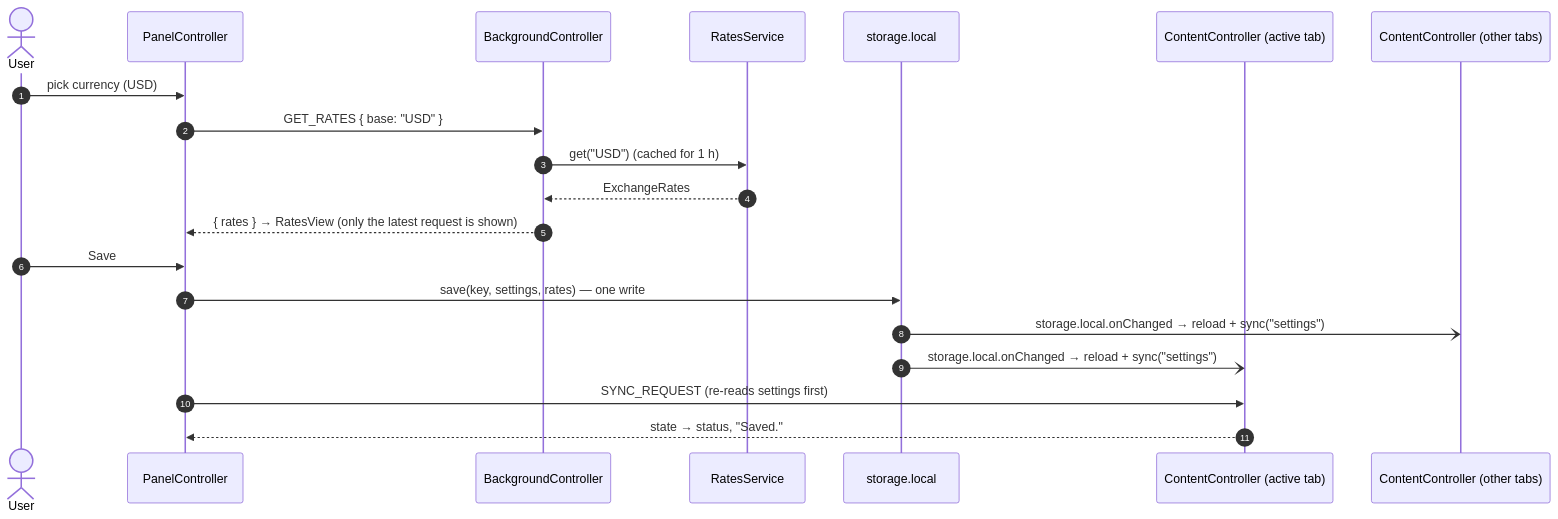
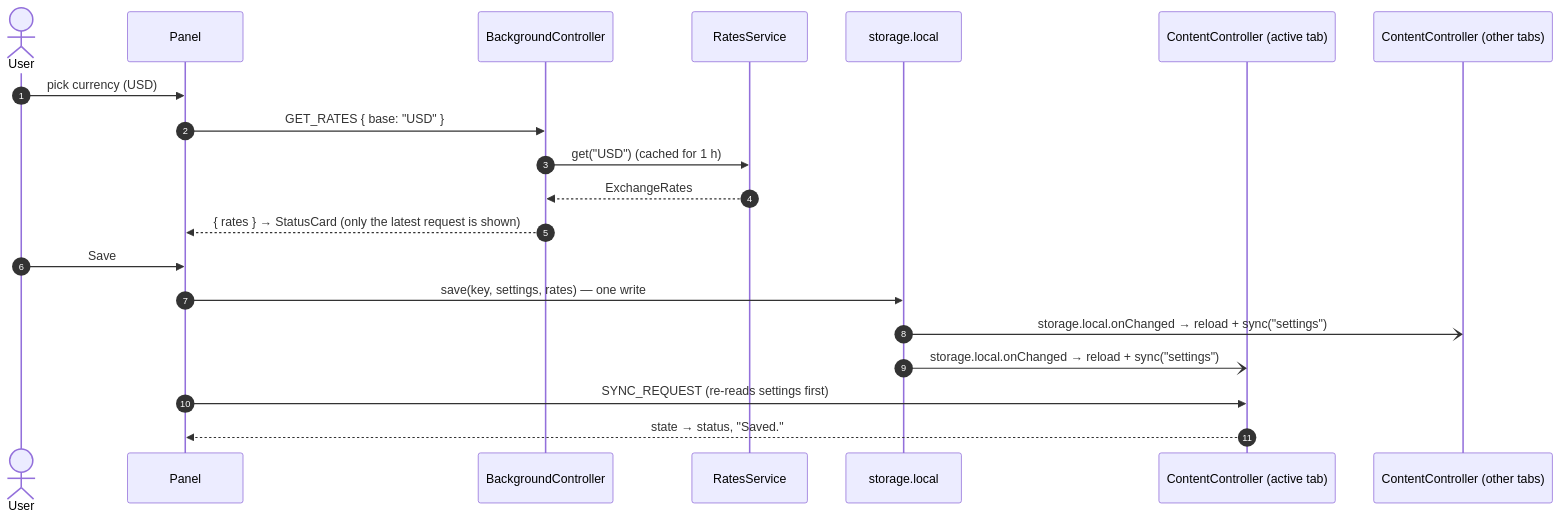
The sixth of 8 diagrams in docs/architecture.md (radyak/minerva-browserplugin), drawn with Mermaid before and after one commit. The commit also changed other lines of this file and 27 other files, not shown here.

````diff
--- a/docs/architecture.md
+++ b/docs/architecture.md
@@ -302,23 +296,23 @@
 ```mermaid
 sequenceDiagram
   autonumber
   actor User
-  participant PC as PanelController
+  participant PC as Panel
   participant BC as BackgroundController
   participant RS as RatesService
   participant Store as storage.local
   participant Tab as ContentController (active tab)
   participant Other as ContentController (other tabs)
 
   User->>PC: pick currency (USD)
   PC->>BC: GET_RATES { base: "USD" }
   BC->>RS: get("USD") (cached for 1 h)
   RS-->>BC: ExchangeRates
-  BC-->>PC: { rates } → RatesView (only the latest request is shown)
+  BC-->>PC: { rates } → StatusCard (only the latest request is shown)
   User->>PC: Save
   PC->>Store: save(key, settings, rates) — one write
   Store-)Other: storage.local.onChanged → reload + sync("settings")
   Store-)Tab: storage.local.onChanged → reload + sync("settings")
   PC->>Tab: SYNC_REQUEST (re-reads settings first)
   Tab-->>PC: state → status, "Saved."
 ```
````
